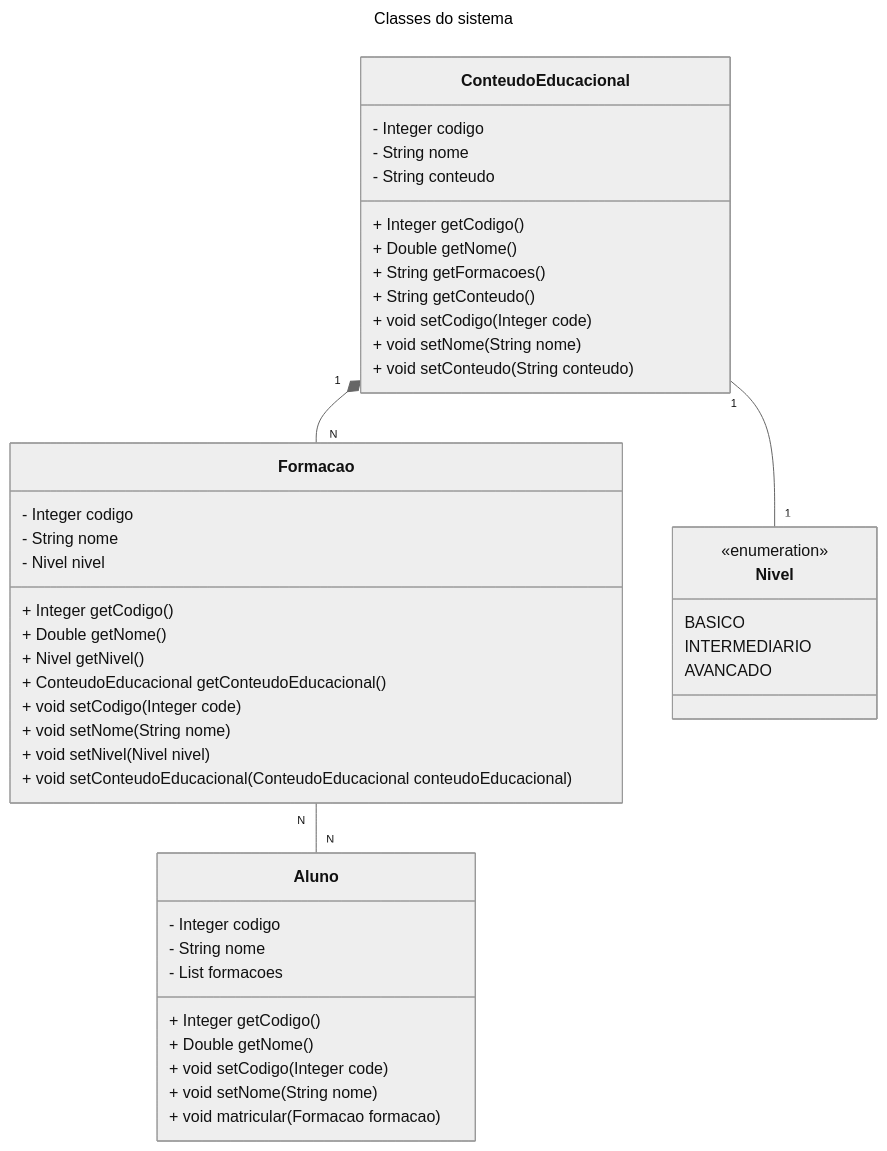
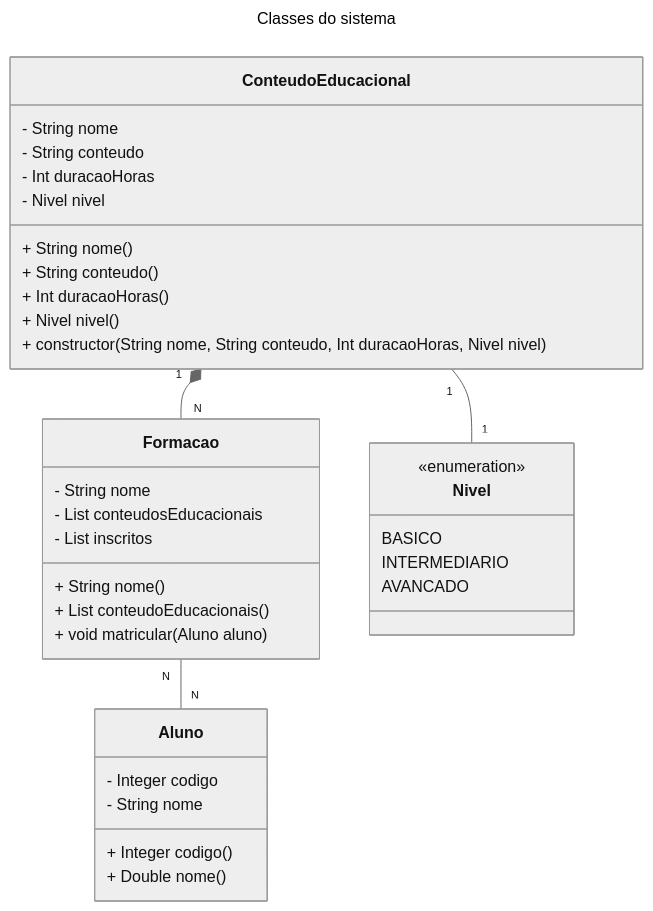
Before and after one commit to andreterceiro/dio-kotlin--aprenda-kotlin-com-exemplos-lab: the diagram in README.md, drawn with Mermaid (neutral theme). The commit also changed 1 other file, not shown here.

Commit message:
aligning deocumentation and code

````diff
--- a/README.md
+++ b/README.md
@@ -16,54 +16,44 @@
 ```mermaid
 ---
 title: Classes do sistema
 ---
 classDiagram
     class ConteudoEducacional {
-        - Integer codigo
         - String nome
         - String conteudo
-        + Integer getCodigo()
-        + Double getNome()
-        + String getFormacoes()
-        + String getConteudo()
-        + void setCodigo(Integer code)
-        + void setNome(String nome)
-        + void setConteudo(String conteudo)
+        - Int duracaoHoras
+        - Nivel nivel
+        + String nome()
+        + String conteudo()
+        + Int duracaoHoras()
+        + Nivel nivel()
+        + constructor(String nome, String conteudo, Int duracaoHoras, Nivel nivel)
     }
 
     class Formacao {
-        - Integer codigo
         - String nome
-        - Nivel nivel
-        + Integer getCodigo()
-        + Double getNome()
-        + Nivel getNivel()
-        + ConteudoEducacional getConteudoEducacional()
-        + void setCodigo(Integer code)
-        + void setNome(String nome)
-        + void setNivel(Nivel nivel)
-        + void setConteudoEducacional(ConteudoEducacional conteudoEducacional)
+        - List<ConteudoEducacional> conteudosEducacionais
+        - List<Aluno> inscritos
+        + String nome()
+        + List<ConteudoEducacional> conteudoEducacionais()
+        + void matricular(Aluno aluno)        
     }
 
     class Aluno {
         - Integer codigo
         - String nome
-        - List<Formacao> formacoes
-        + Integer getCodigo()
-        + Double getNome()
-        + void setCodigo(Integer code)
-        + void setNome(String nome)
-        + void matricular(Formacao formacao)
+        + Integer codigo()
+        + Double nome()
     }
  
     class Nivel{
         <<enumeration>>
         BASICO
         INTERMEDIARIO
         AVANCADO
     }
 
     ConteudoEducacional "1" *-- "N" Formacao
     Formacao "N" -- "N" Aluno
     ConteudoEducacional "1" -- "1" Nivel
 ```
````
